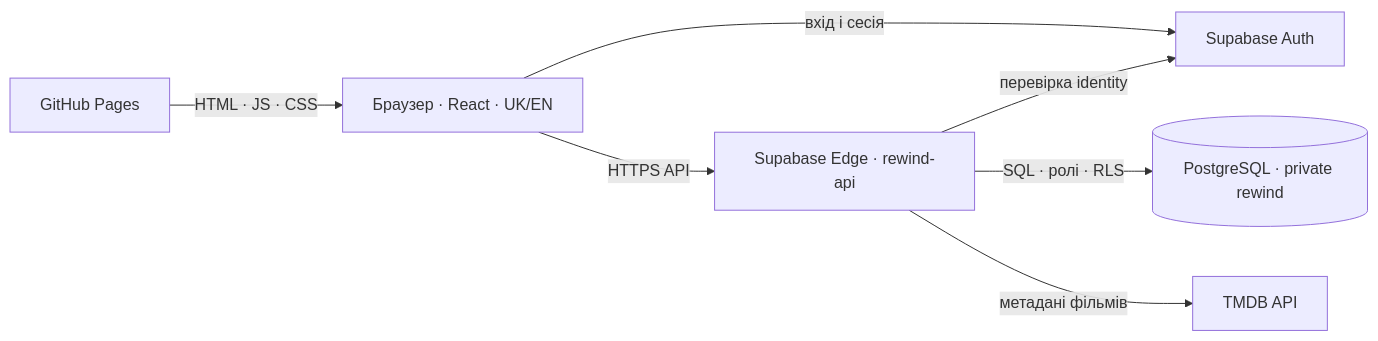
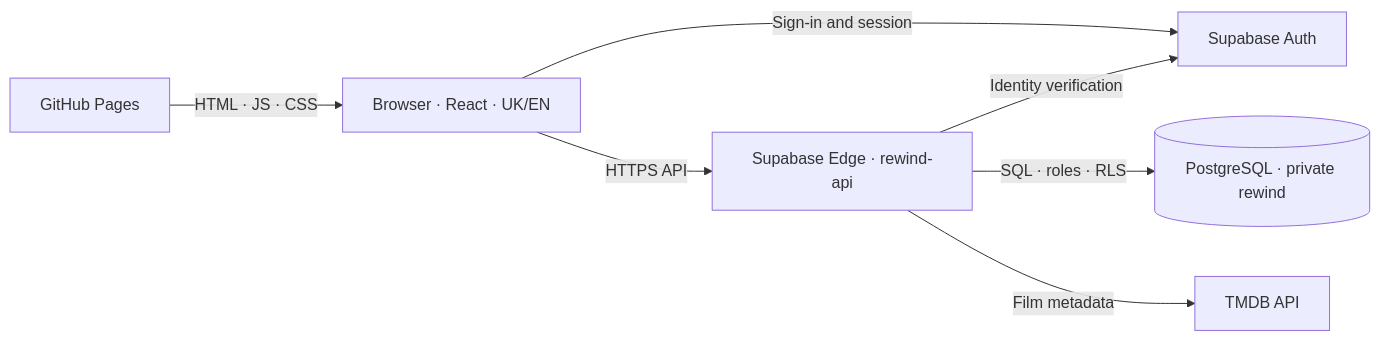
The first of 3 diagrams in README.md (anton5267/rewind-letterboxd), drawn with Mermaid before and after one commit. The commit also changed other lines of this file, not shown here.

````diff
--- a/README.md
+++ b/README.md
@@ -11,9 +11,9 @@
 ```mermaid
 flowchart LR
-    Pages["GitHub Pages"] -->|"HTML · JS · CSS"| Browser["Браузер · React · UK/EN"]
-    Browser -->|"вхід і сесія"| Auth["Supabase Auth"]
+    Pages["GitHub Pages"] -->|"HTML · JS · CSS"| Browser["Browser · React · UK/EN"]
+    Browser -->|"Sign-in and session"| Auth["Supabase Auth"]
     Browser -->|"HTTPS API"| Edge["Supabase Edge · rewind-api"]
-    Edge -->|"перевірка identity"| Auth
-    Edge -->|"SQL · ролі · RLS"| Database[("PostgreSQL · private rewind")]
-    Edge -->|"метадані фільмів"| TMDB["TMDB API"]
+    Edge -->|"Identity verification"| Auth
+    Edge -->|"SQL · roles · RLS"| Database[("PostgreSQL · private rewind")]
+    Edge -->|"Film metadata"| TMDB["TMDB API"]
 ```
````
